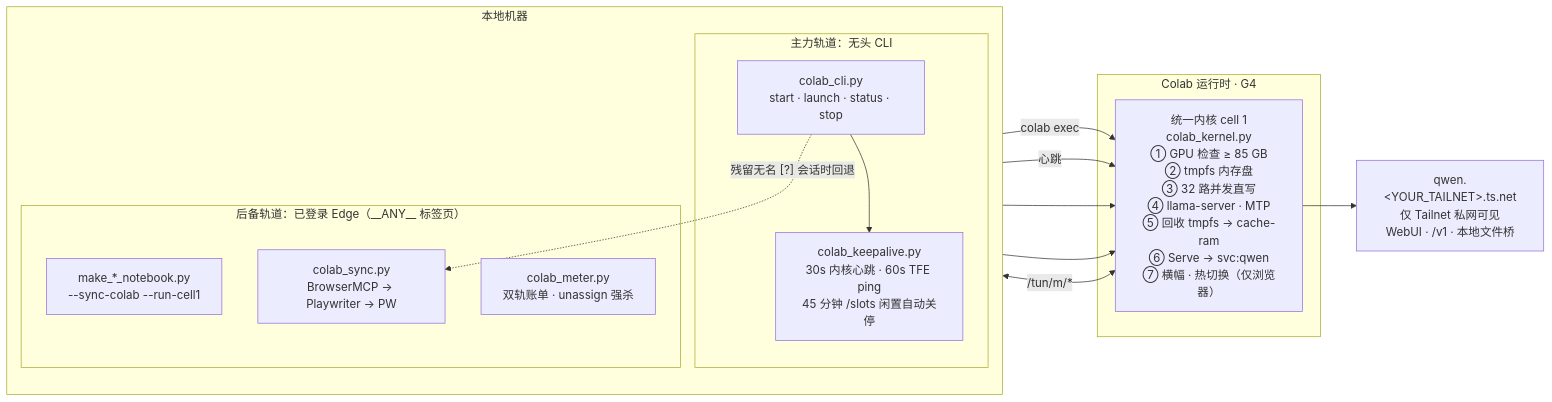
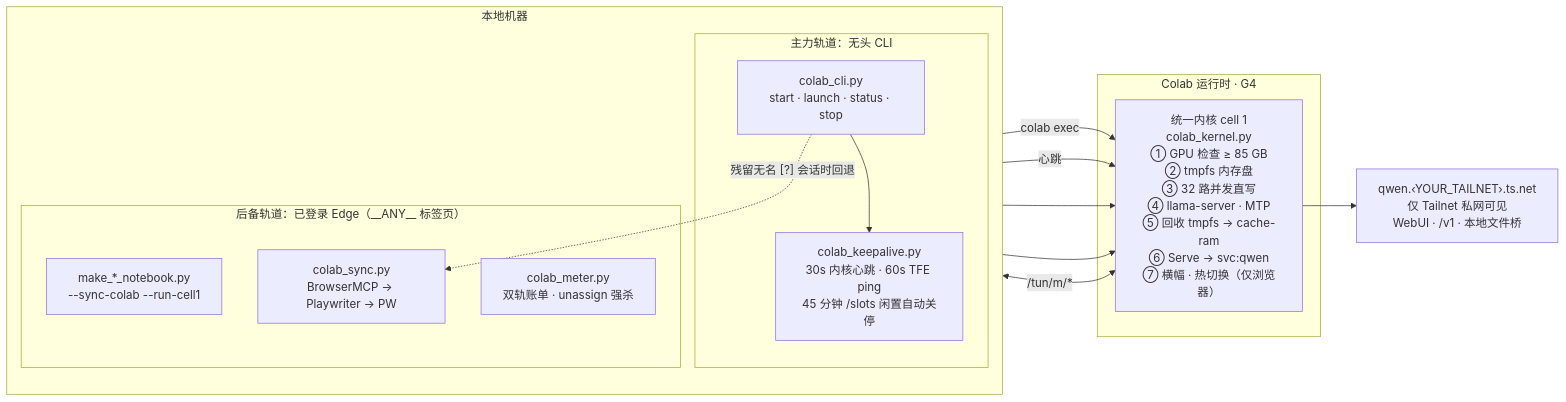
Before and after one commit to incredible404-rgb/colab-gpu-llm-service: the diagram in README.md, drawn with Mermaid. The commit also changed 1 other file, not shown here.

Commit message:
docs: Mermaid 图里的 Tailnet 占位符改用不会被 GitHub 过滤的写法

````diff
--- a/README.md
+++ b/README.md
@@ -29,28 +29,28 @@
 ```mermaid
 flowchart LR
     subgraph LOCAL["本地机器"]
         direction TB
         subgraph PRI["主力轨道：无头 CLI"]
             CLI["colab_cli.py<br/>start · launch · status · stop"]
             KA["colab_keepalive.py<br/>30s 内核心跳 · 60s TFE ping<br/>45 分钟 /slots 闲置自动关停"]
             CLI --> KA
         end
         subgraph FB["后备轨道：已登录 Edge（__ANY__ 标签页）"]
             NB["make_*_notebook.py<br/>--sync-colab --run-cell1"]
             SY["colab_sync.py<br/>BrowserMCP → Playwriter → PW"]
             ME["colab_meter.py<br/>双轨账单 · unassign 强杀"]
         end
         CLI -. "残留无名 [?] 会话时回退" .-> SY
     end
 
     subgraph VM["Colab 运行时 · G4"]
         K["统一内核 cell 1<br/>colab_kernel.py<br/>① GPU 检查 ≥ 85 GB<br/>② tmpfs 内存盘<br/>③ 32 路并发直写<br/>④ llama-server · MTP<br/>⑤ 回收 tmpfs → cache-ram<br/>⑥ Serve → svc:qwen<br/>⑦ 横幅 · 热切换（仅浏览器）"]
     end
 
     CLI -- "colab exec" --> K
     KA -- "心跳" --> K
     NB --> K
     SY --> K
     ME <-- "/tun/m/*" --> K
-    K --> TS["qwen.&lt;YOUR_TAILNET&gt;.ts.net<br/>仅 Tailnet 私网可见<br/>WebUI · /v1 · 本地文件桥"]
+    K --> TS["qwen.‹YOUR_TAILNET›.ts.net<br/>仅 Tailnet 私网可见<br/>WebUI · /v1 · 本地文件桥"]
 ```
````
